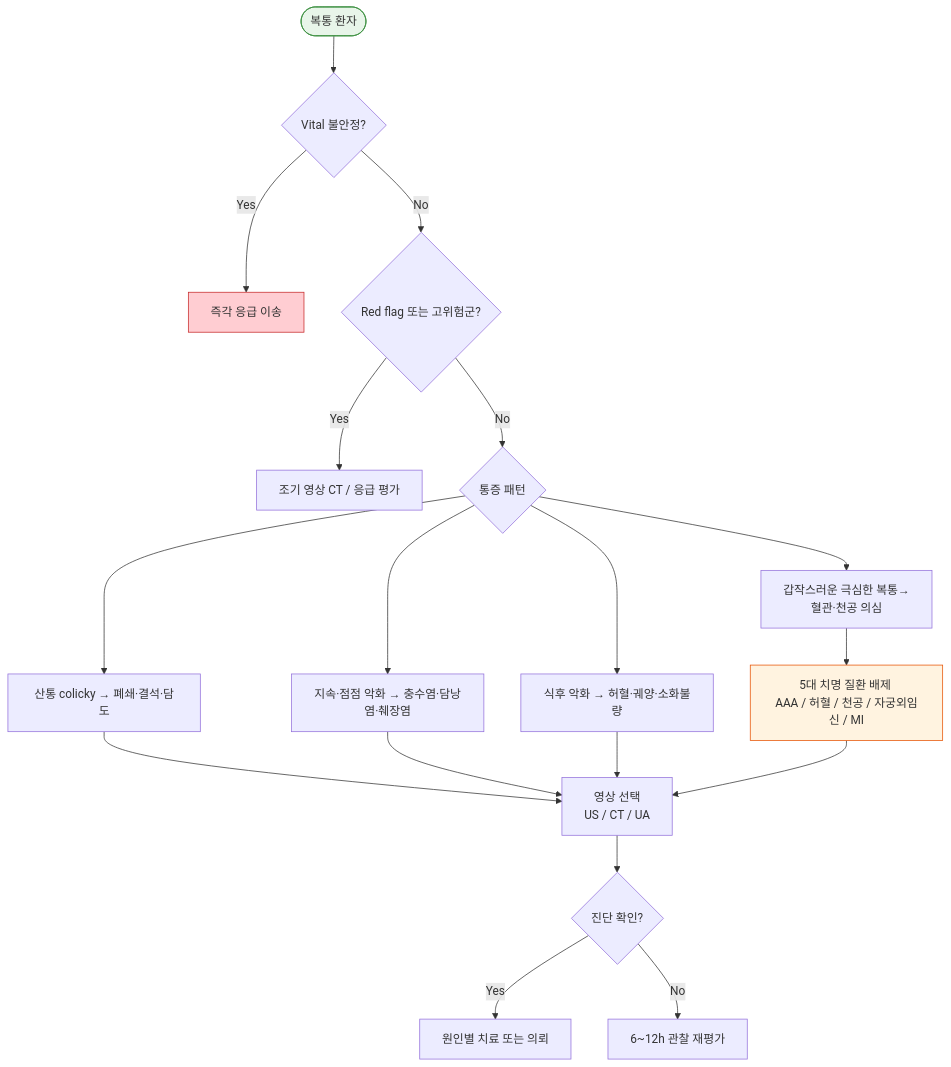
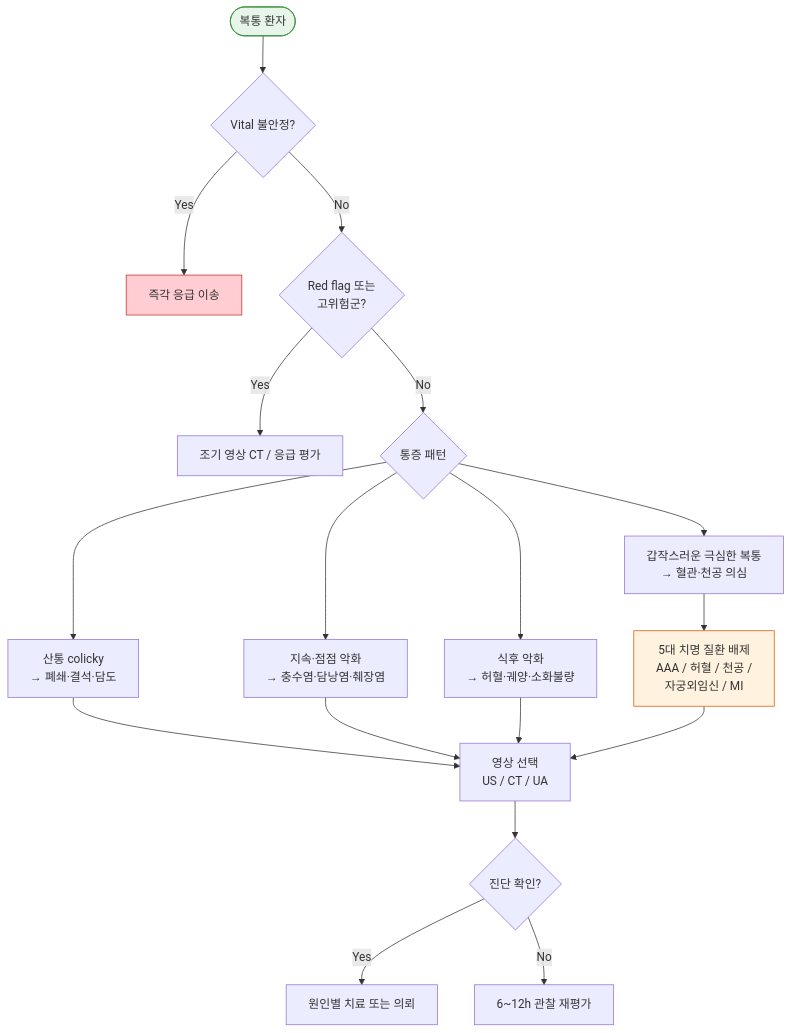
The fourth of 4 diagrams in 220_/003_-abdominal-pain.md (familyoh77/familyoh77), drawn with Mermaid before and after one commit. The commit also changed 4 other files, not shown here.

````diff
--- a/220_/003_-abdominal-pain.md
+++ b/220_/003_-abdominal-pain.md
@@ -322,23 +322,23 @@
 ```mermaid
 graph TD
     A([복통 환자]) --> B{Vital 불안정?}
     B -- Yes --> C[즉각 응급 이송]
-    B -- No --> D{"Red flag 또는 고위험군?"}
+    B -- No --> D{"Red flag 또는 <br/>고위험군?"}
     D -- Yes --> E["조기 영상 CT / 응급 평가"]
     D -- No --> F{통증 패턴}
-    F --> G["갑작스러운 극심한 복통→<br/> 혈관·천공 의심"]
-    F --> H["산통 colicky → 폐쇄·결석·담도"]
-    F --> I["지속·점점 악화 → 충수염·담낭염·췌장염"]
-    F --> J["식후 악화 → 허혈·궤양·소화불량"]
-    G --> K["5대 치명 질환 배제 <br/>AAA / 허혈 / 천공 / 자궁외임신 / MI"]
+    F --> G["갑작스러운 극심한 복통<br/>→ 혈관·천공 의심"]
+    F --> H["산통 colicky <br/>→ 폐쇄·결석·담도"]
+    F --> I["지속·점점 악화 <br/>→ 충수염·담낭염·췌장염"]
+    F --> J["식후 악화 <br/>→ 허혈·궤양·소화불량"]
+    G --> K["5대 치명 질환 배제 <br/>AAA / 허혈 / 천공 / <br/>자궁외임신 / MI"]
     H --> L["영상 선택 <br/>US / CT / UA"]
     I --> L
     J --> L
     K --> L
     L --> M{진단 확인?}
     M -- Yes --> N["원인별 치료 또는 의뢰"]
     M -- No --> O["6~12h 관찰 재평가"]
     style A fill:#e8f5e9,stroke:#388e3c
     style C fill:#ffcdd2,stroke:#c62828
     style K fill:#fff3e0,stroke:#e65100
 ```
````
